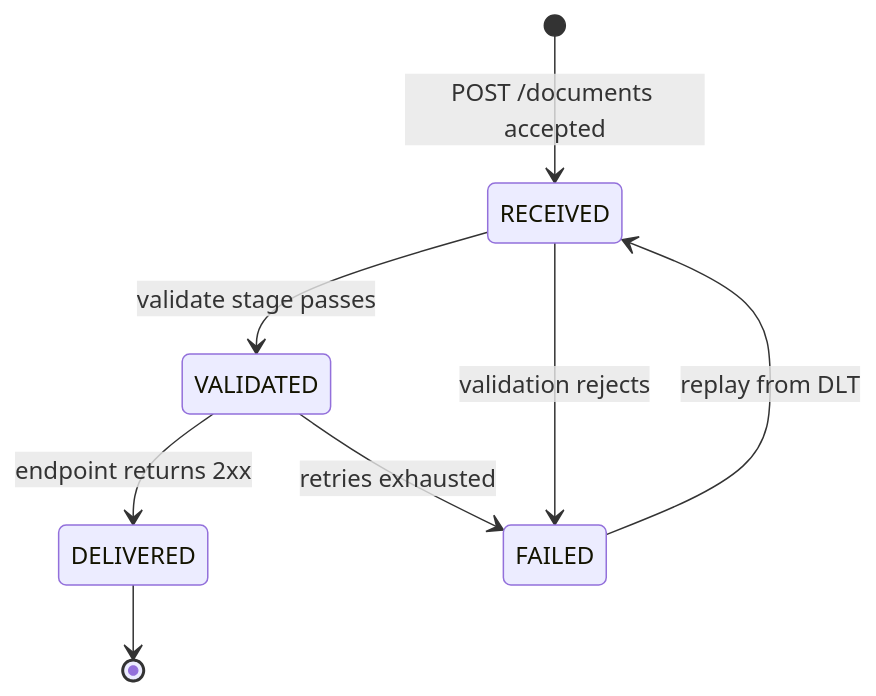
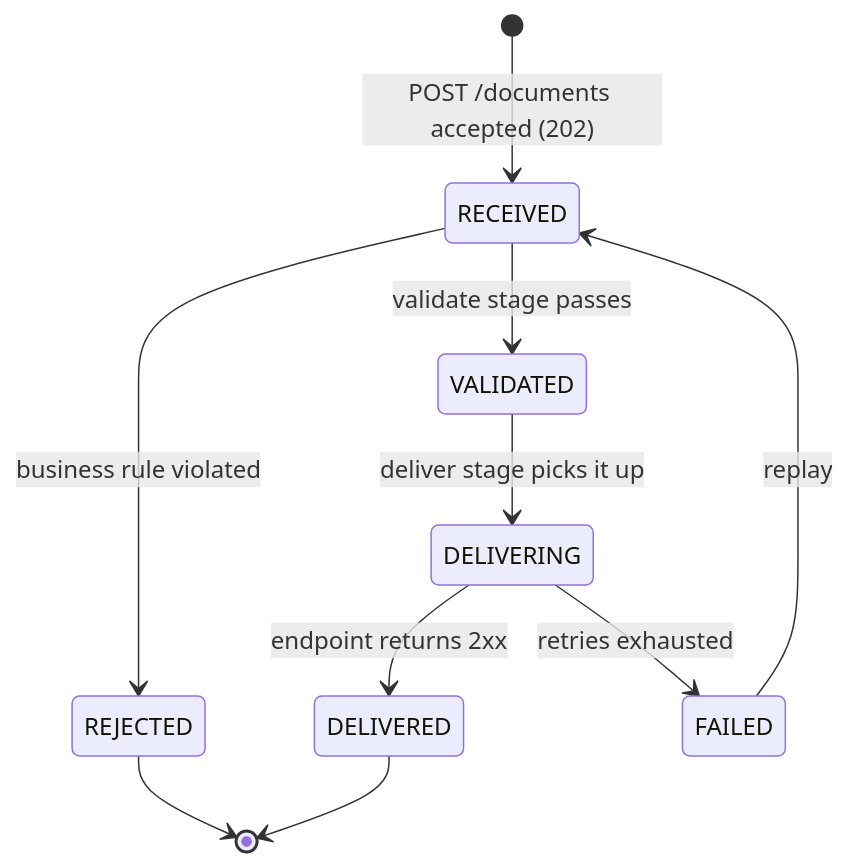
Before and after one commit to mprskalo01/invoice-relay: the diagram in docs/domain.md, drawn with Mermaid. The commit also changed other lines of this file and 5 other files, not shown here.

````diff
--- a/docs/domain.md
+++ b/docs/domain.md
@@ -18,10 +20,12 @@
 ```mermaid
 stateDiagram-v2
-  [*] --> RECEIVED: POST /documents accepted
+  [*] --> RECEIVED: POST /documents accepted (202)
   RECEIVED --> VALIDATED: validate stage passes
-  RECEIVED --> FAILED: validation rejects
-  VALIDATED --> DELIVERED: endpoint returns 2xx
-  VALIDATED --> FAILED: retries exhausted
-  FAILED --> RECEIVED: replay from DLT
+  RECEIVED --> REJECTED: business rule violated
+  VALIDATED --> DELIVERING: deliver stage picks it up
+  DELIVERING --> DELIVERED: endpoint returns 2xx
+  DELIVERING --> FAILED: retries exhausted
+  FAILED --> RECEIVED: replay
+  REJECTED --> [*]
   DELIVERED --> [*]
 ```
````
